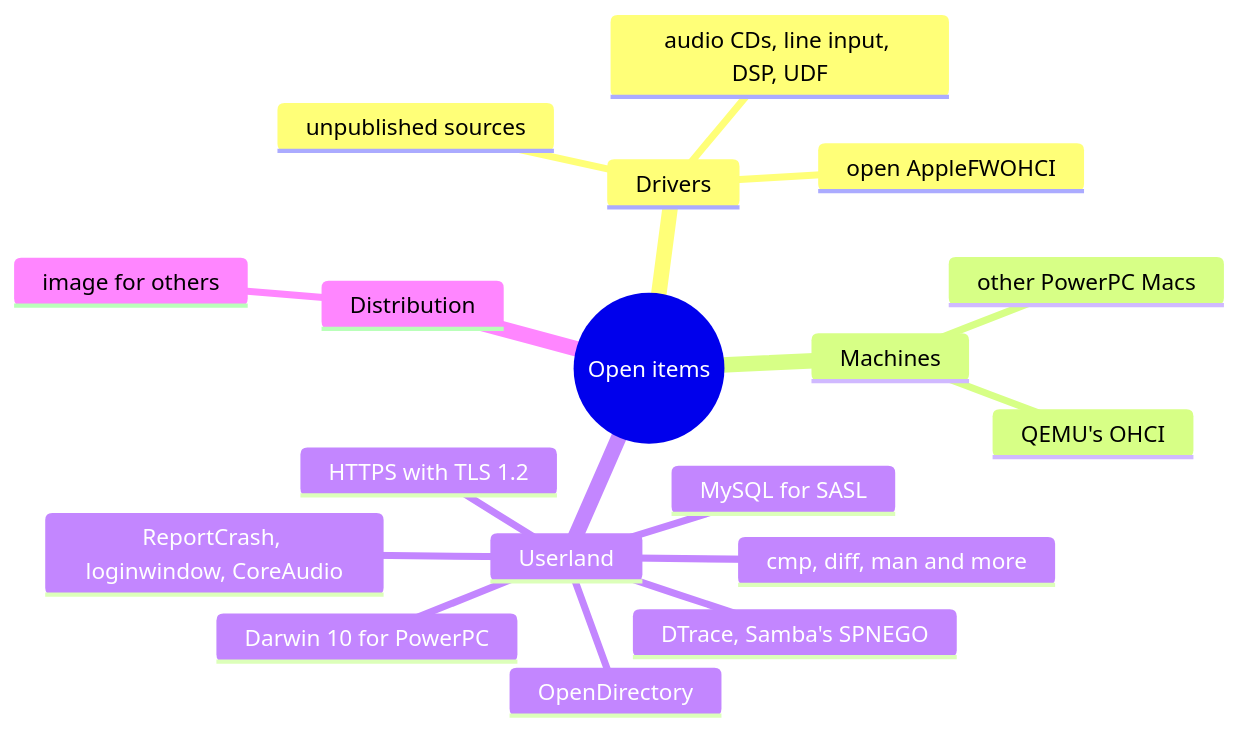
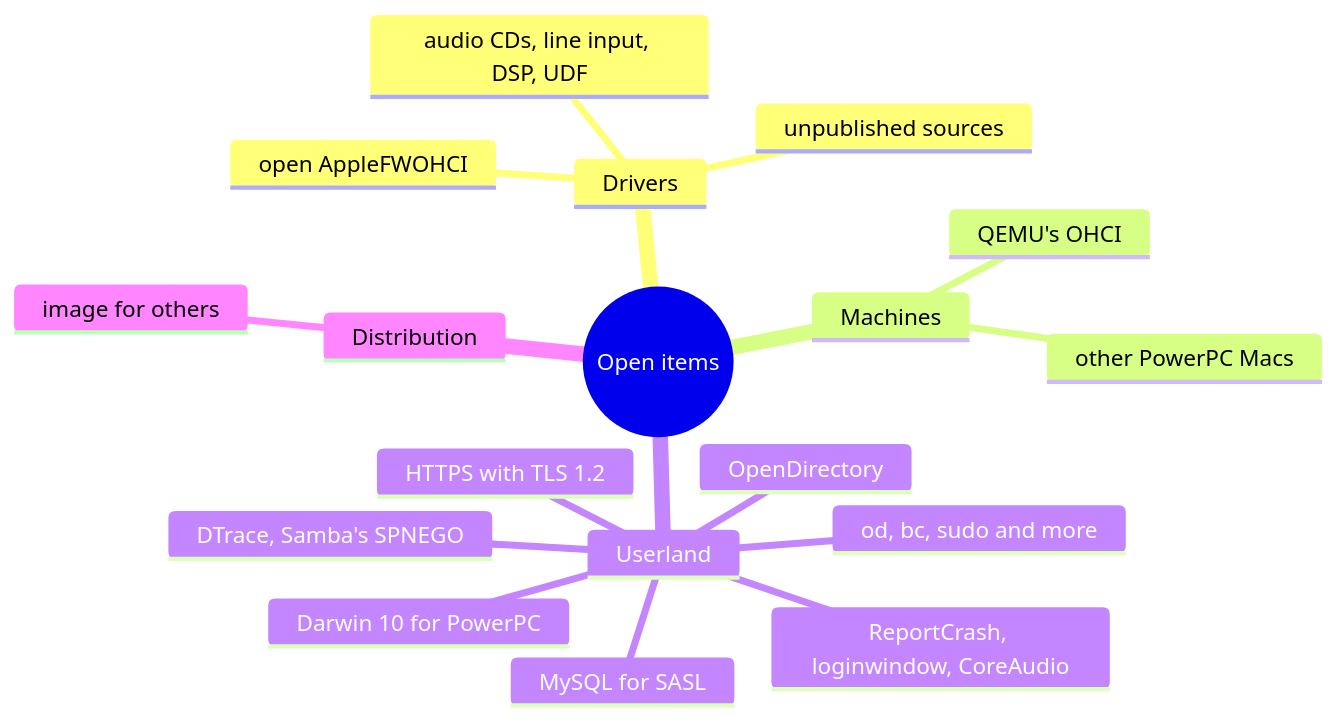
Before and after one commit to nyg/PowerDarwin: the diagram in docs/src/steps/whats-next.md, drawn with Mermaid. The commit also changed other lines of this file and 10 other files, not shown here.

Commit message:
feat: build diff, patch, man, rsync, zip, screen, nano and other commands and put them on the image (#29)

````diff
--- a/docs/src/steps/whats-next.md
+++ b/docs/src/steps/whats-next.md
@@ -89,21 +89,21 @@
 ```mermaid
 mindmap
   root((Open items))
     Drivers
       open AppleFWOHCI
       audio CDs, line input, DSP, UDF
       unpublished sources
     Machines
       other PowerPC Macs
       QEMU's OHCI
     Userland
       OpenDirectory
       ReportCrash, loginwindow, CoreAudio
       MySQL for SASL
-      cmp, diff, man and more
+      od, bc, sudo and more
       HTTPS with TLS 1.2
       DTrace, Samba's SPNEGO
       Darwin 10 for PowerPC
     Distribution
       image for others
 ```
````
